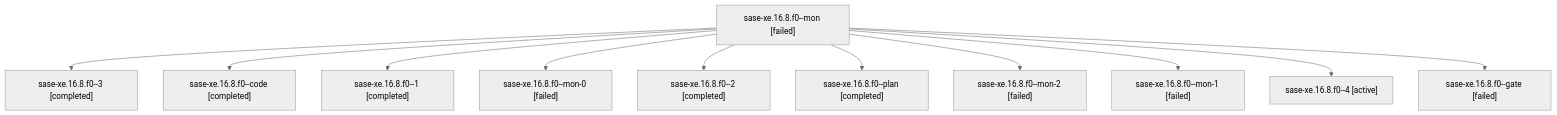
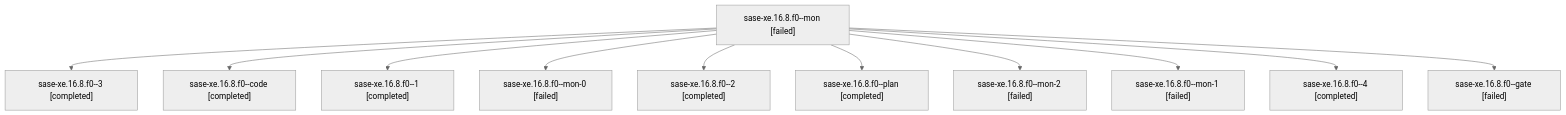
The diagram in families/bbugyi200.athena.sase-xe.16.8.f0.md (sase-org/sase--agents), drawn with Mermaid (neutral theme) before and after one commit. The commit also changed other lines of this file and 103 other files, not shown here.

````diff
--- a/families/bbugyi200.athena.sase-xe.16.8.f0.md
+++ b/families/bbugyi200.athena.sase-xe.16.8.f0.md
@@ -9,24 +9,24 @@
 ```mermaid
 flowchart TD
   n0["sase-xe.16.8.f0--mon [failed]"]
   n1["sase-xe.16.8.f0--3 [completed]"]
   n0 --> n1
   n2["sase-xe.16.8.f0--code [completed]"]
   n0 --> n2
   n3["sase-xe.16.8.f0--1 [completed]"]
   n0 --> n3
   n4["sase-xe.16.8.f0--mon-0 [failed]"]
   n0 --> n4
   n5["sase-xe.16.8.f0--2 [completed]"]
   n0 --> n5
   n6["sase-xe.16.8.f0--plan [completed]"]
   n0 --> n6
   n7["sase-xe.16.8.f0--mon-2 [failed]"]
   n0 --> n7
   n8["sase-xe.16.8.f0--mon-1 [failed]"]
   n0 --> n8
-  n9["sase-xe.16.8.f0--4 [active]"]
+  n9["sase-xe.16.8.f0--4 [completed]"]
   n0 --> n9
   n10["sase-xe.16.8.f0--gate [failed]"]
   n0 --> n10
 ```
````
